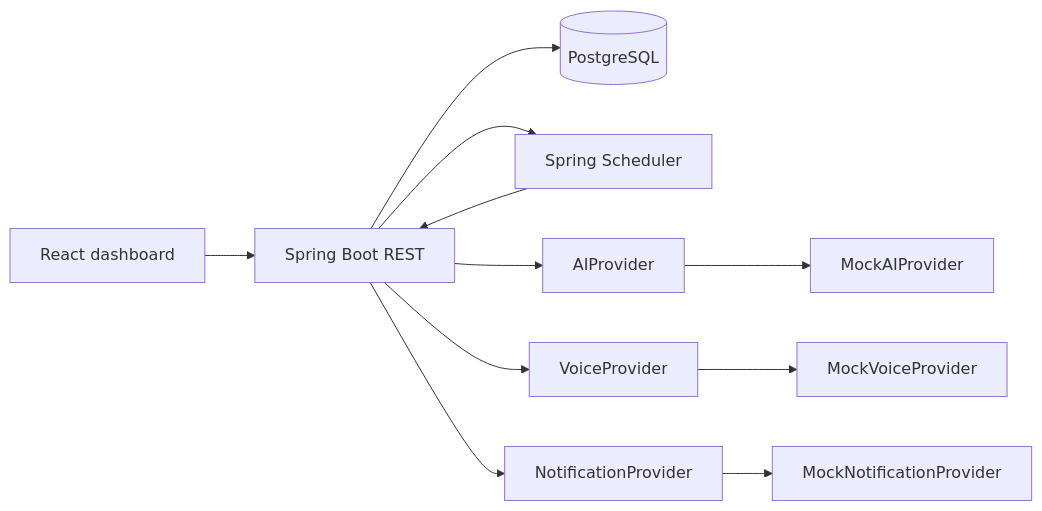
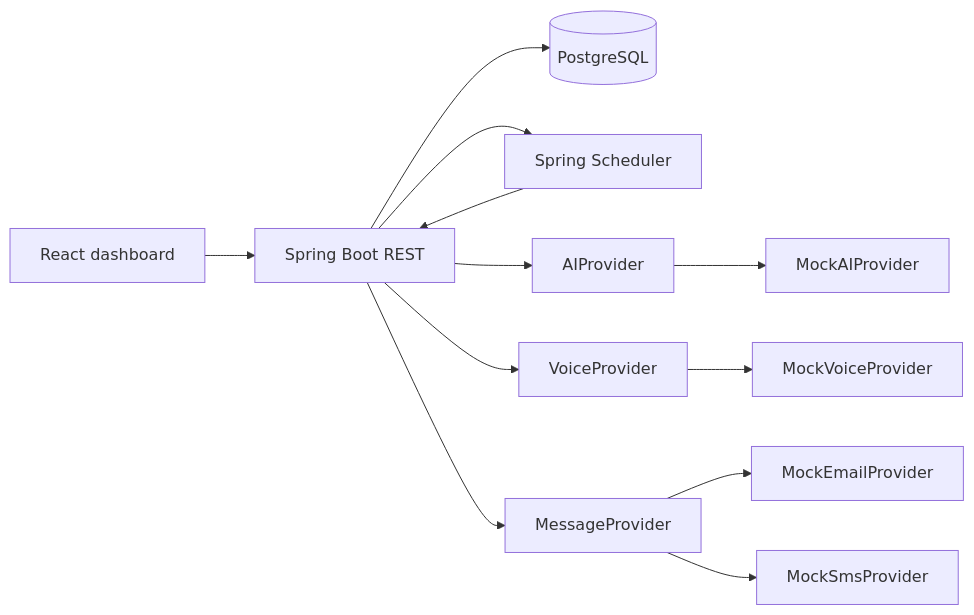
One commit to alokit169/policy-pulse changed the first of 2 diagrams in ARCHITECTURE.md. Above: the diagram before and after it, drawn with Mermaid. The commit also changed other lines of this file and 25 other files, not shown here.

````diff
--- a/ARCHITECTURE.md
+++ b/ARCHITECTURE.md
@@ -9,13 +9,14 @@
 ```mermaid
 flowchart LR
   AgentUI[React dashboard] --> API[Spring Boot REST]
   API --> DB[(PostgreSQL)]
   API --> Jobs[Spring Scheduler]
   Jobs --> API
   API --> AI[AIProvider]
   API --> Voice[VoiceProvider]
-  API --> Notify[NotificationProvider]
+  API --> Msg[MessageProvider]
   AI --> MockAI[MockAIProvider]
   Voice --> MockVoice[MockVoiceProvider]
-  Notify --> MockNotify[MockNotificationProvider]
+  Msg --> MockEmail[MockEmailProvider]
+  Msg --> MockSms[MockSmsProvider]
 ```
````
